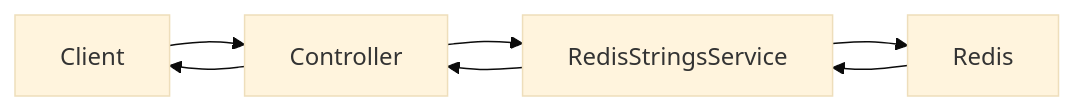
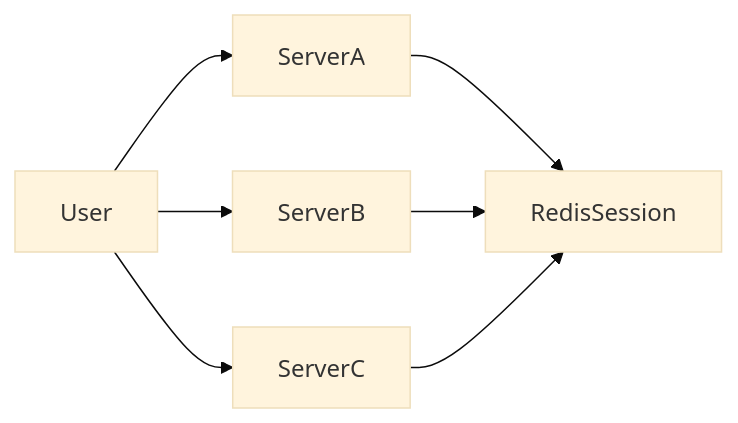
The first of 5 diagrams in _posts/study/sparta/designing-with-redis-and-kafka/2026-07-15-try-using-strings-and-bitmaps.md (ysiksik/ysiksik.github.io), drawn with Mermaid (base theme) before and after one commit. The commit also changed other lines of this file and 2 other files, not shown here.

````diff
--- a/_posts/study/sparta/designing-with-redis-and-kafka/2026-07-15-try-using-strings-and-bitmaps.md
+++ b/_posts/study/sparta/designing-with-redis-and-kafka/2026-07-15-try-using-strings-and-bitmaps.md
@@ -172,18 +201,21 @@
 ```mermaid
 flowchart LR
 
-Client
+    User
 
-Controller
+    ServerA
 
-RedisStringsService
+    ServerB
 
-Redis
+    ServerC
 
-Client --> Controller
-Controller --> RedisStringsService
-RedisStringsService --> Redis
-Redis --> RedisStringsService
-RedisStringsService --> Controller
-Controller --> Client
+    RedisSession
+
+    User --> ServerA
+    User --> ServerB
+    User --> ServerC
+
+    ServerA --> RedisSession
+    ServerB --> RedisSession
+    ServerC --> RedisSession
 ```
````
